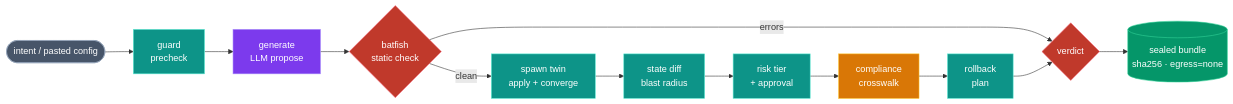
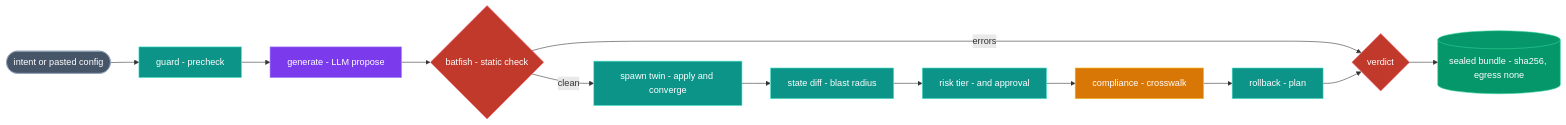
Before and after one commit to gesh75/aegis: the fourth of 6 diagrams in docs/ARCHITECTURE.md, drawn with Mermaid. The commit also changed other lines of this file and 1 other file, not shown here.

Commit message:
docs: harden mermaid diagrams for reliable GitHub rendering

````diff
--- a/docs/ARCHITECTURE.md
+++ b/docs/ARCHITECTURE.md
@@ -182,26 +182,26 @@
 ```mermaid
 flowchart LR
-    IN([intent / pasted config]):::in
-    GU[guard<br/>precheck]:::ver
-    GEN[generate<br/>LLM propose]:::ai
-    BF{batfish<br/>static check}:::gate
-    TWIN[spawn twin<br/>apply + converge]:::ver
-    DIFF[state diff<br/>blast radius]:::ver
-    RISK[risk tier<br/>+ approval]:::ver
-    MAP[compliance<br/>crosswalk]:::accent
-    RB[rollback<br/>plan]:::ver
+    IN(["intent or pasted config"]):::in
+    GU["guard - precheck"]:::ver
+    GEN["generate - LLM propose"]:::ai
+    BF{"batfish - static check"}:::gate
+    TWIN["spawn twin - apply and converge"]:::ver
+    DIFF["state diff - blast radius"]:::ver
+    RISK["risk tier - and approval"]:::ver
+    MAP["compliance - crosswalk"]:::accent
+    RB["rollback - plan"]:::ver
     VERD{verdict}:::gate
-    SEAL[(sealed bundle<br/>sha256 · egress=none)]:::seal
+    SEAL[("sealed bundle - sha256, egress none")]:::seal
 
     IN --> GU --> GEN --> BF
     BF -->|errors| VERD
     BF -->|clean| TWIN --> DIFF --> RISK --> MAP --> RB --> VERD
     VERD --> SEAL
 
     classDef in fill:#475569,stroke:#94a3b8,color:#fff
     classDef ai fill:#7c3aed,stroke:#a78bfa,color:#fff
     classDef ver fill:#0d9488,stroke:#5eead4,color:#fff
     classDef gate fill:#c0392b,stroke:#fb7185,color:#fff
     classDef accent fill:#d97706,stroke:#fbbf24,color:#fff
     classDef seal fill:#059669,stroke:#34d399,color:#fff
 ```
````
